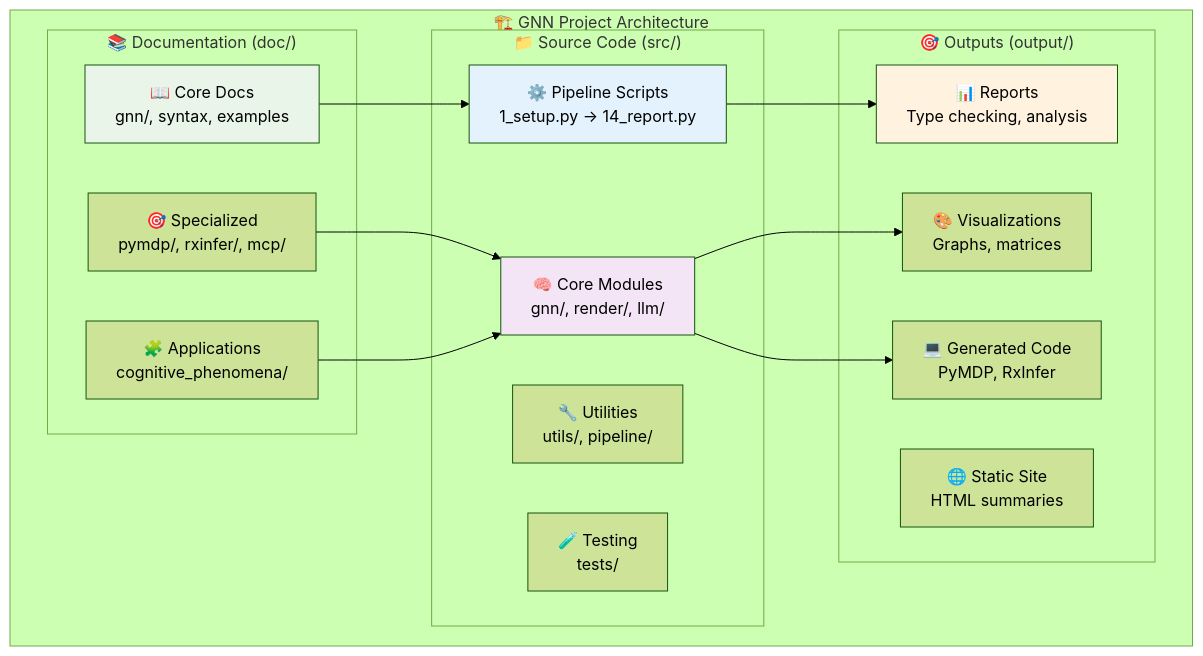
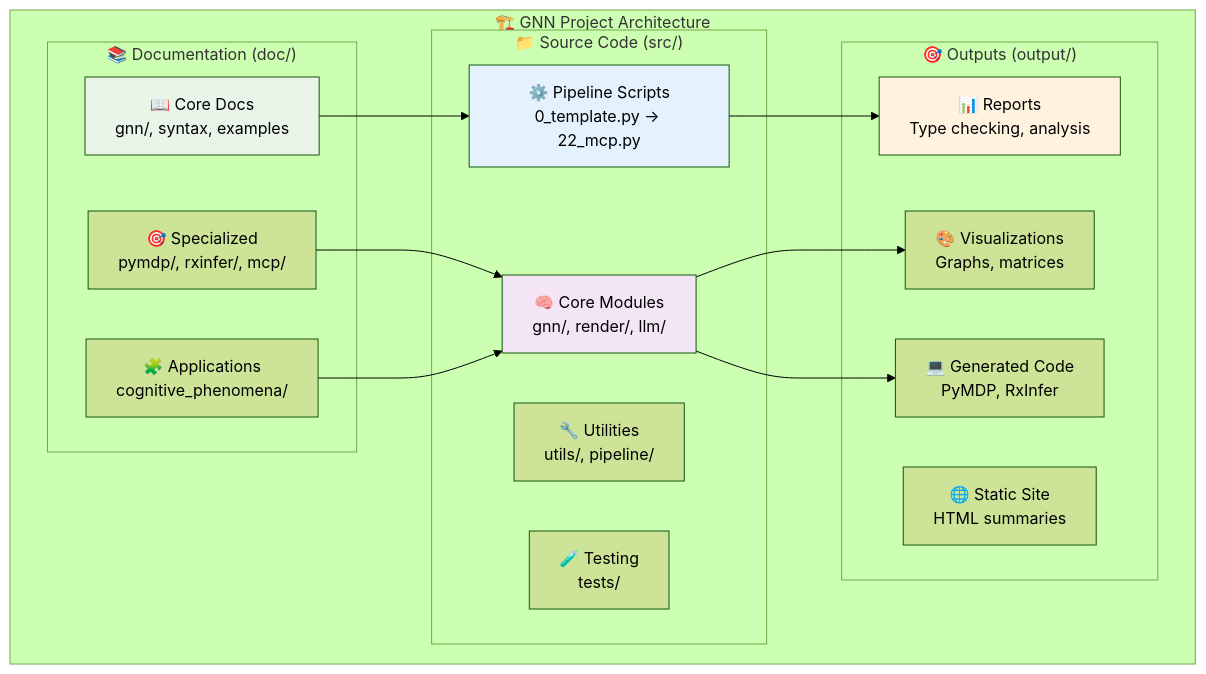
Before and after one commit to ActiveInferenceInstitute/GeneralizedNotationNotation: the second of 4 diagrams in README.md, drawn with Mermaid (forest theme). The commit also changed other lines of this file and 76 other files, not shown here.

````diff
--- a/README.md
+++ b/README.md
@@ -137,36 +137,36 @@
 ```mermaid
 graph TB
     subgraph "🏗️ GNN Project Architecture"
         subgraph "📁 Source Code (src/)"
-            A[⚙️ Pipeline Scripts<br/>1_setup.py → 14_report.py]
+            A[⚙️ Pipeline Scripts<br/>0_template.py → 22_mcp.py]
             B[🧠 Core Modules<br/>gnn/, render/, llm/]
             C[🔧 Utilities<br/>utils/, pipeline/]
             D[🧪 Testing<br/>tests/]
         end
         
         subgraph "📚 Documentation (doc/)"
             E[📖 Core Docs<br/>gnn/, syntax, examples]
             F[🎯 Specialized<br/>pymdp/, rxinfer/, mcp/]
             G[🧩 Applications<br/>cognitive_phenomena/]
         end
         
         subgraph "🎯 Outputs (output/)"
             H[📊 Reports<br/>Type checking, analysis]
             I[🎨 Visualizations<br/>Graphs, matrices]
             J[💻 Generated Code<br/>PyMDP, RxInfer]
             K[🌐 Static Site<br/>HTML summaries]
         end
     end
     
     A --> H
     B --> I
     B --> J
     E --> A
     F --> B
     G --> B
     
     style A fill:#e3f2fd
     style B fill:#f3e5f5
     style E fill:#e8f5e8
     style H fill:#fff3e0
 ```
````
